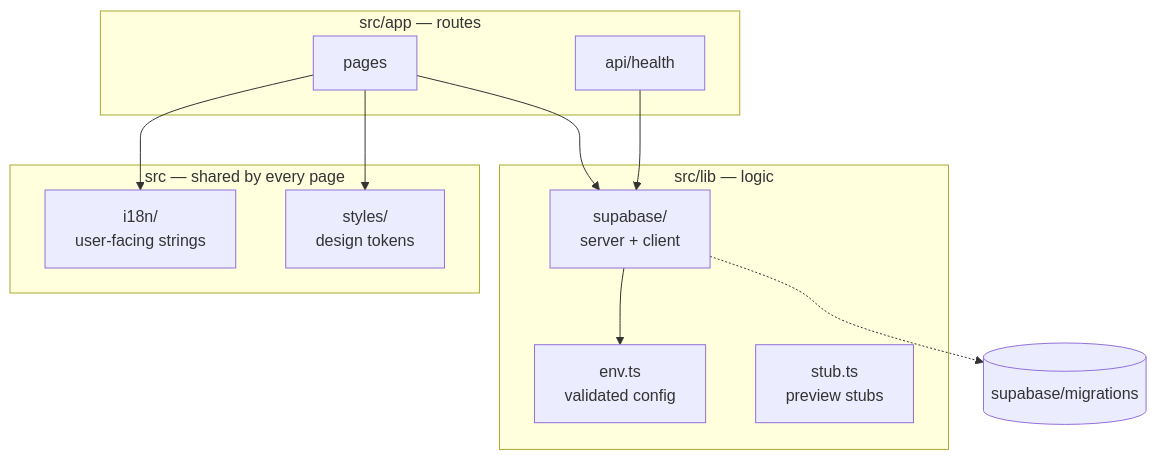
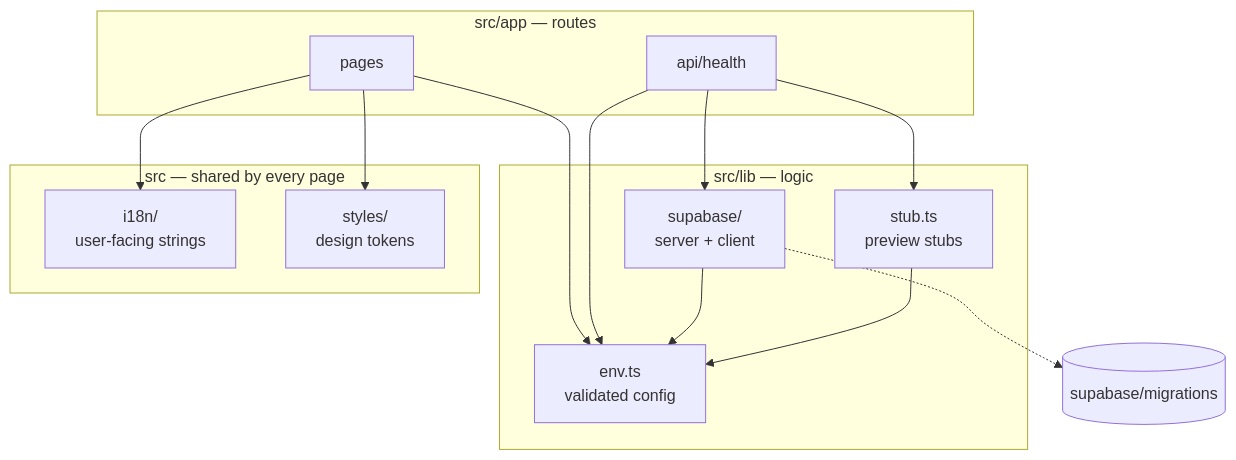
One commit to yungxramoz/real-gates changed the diagram in docs/architecture/04-building-blocks.md. Above: the diagram before and after it, drawn with Mermaid. The commit also changed other lines of this file and 22 other files, not shown here.

````diff
--- a/docs/architecture/04-building-blocks.md
+++ b/docs/architecture/04-building-blocks.md
@@ -8,23 +8,26 @@
 ```mermaid
 flowchart TB
   subgraph app["src/app — routes"]
     pages["pages"]
     api["api/health"]
   end
   subgraph lib["src/lib — logic"]
     env["env.ts<br/>validated config"]
     supa["supabase/<br/>server + client"]
     stub["stub.ts<br/>preview stubs"]
   end
   subgraph shared["src — shared by every page"]
     i18n["i18n/<br/>user-facing strings"]
     styles["styles/<br/>design tokens"]
   end
   db[("supabase/migrations")]
   pages --> i18n
   pages --> styles
-  pages --> supa
+  pages --> env
   api --> supa
+  api --> env
+  api --> stub
   supa --> env
+  stub --> env
   supa -.-> db
 ```
````
